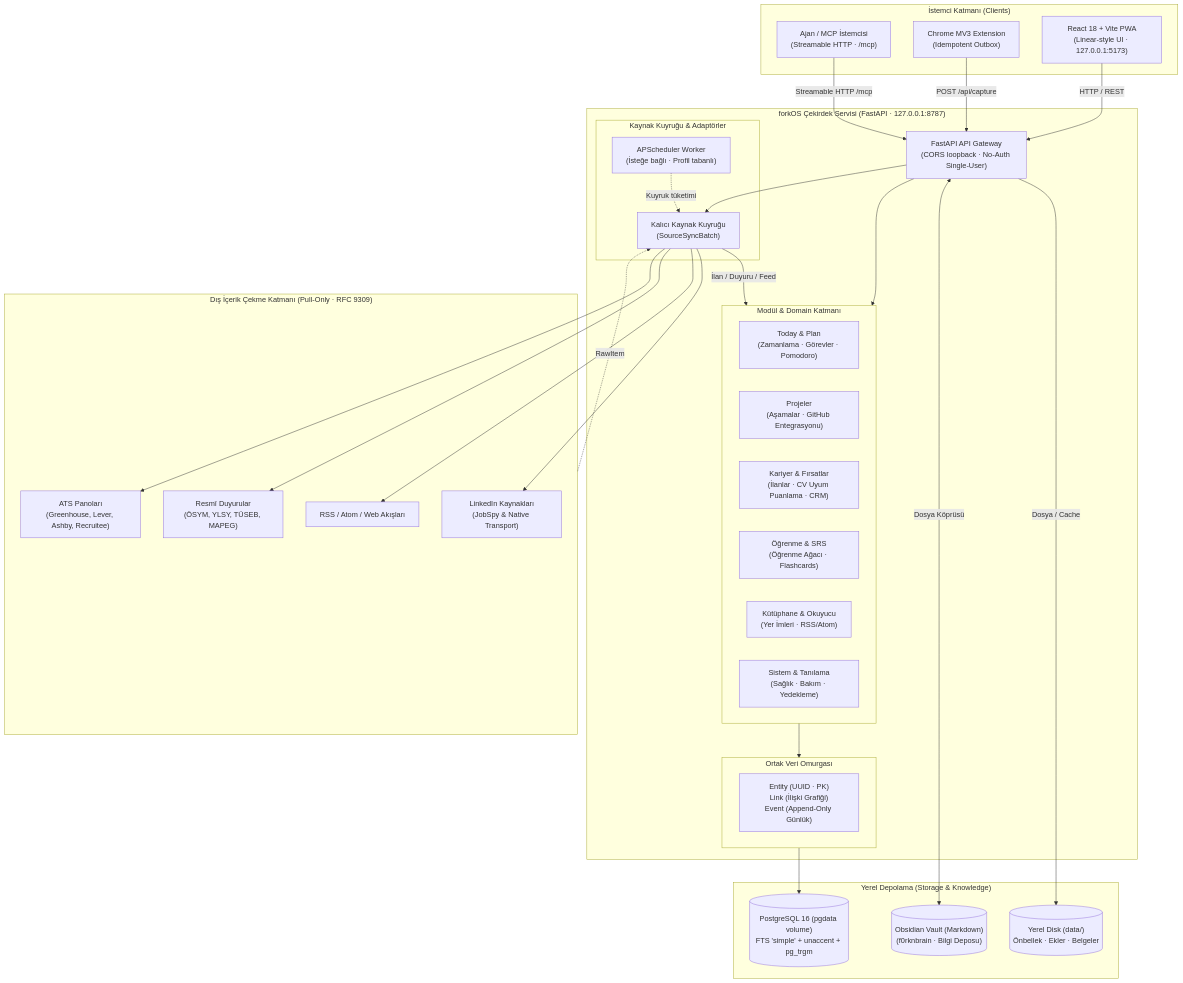
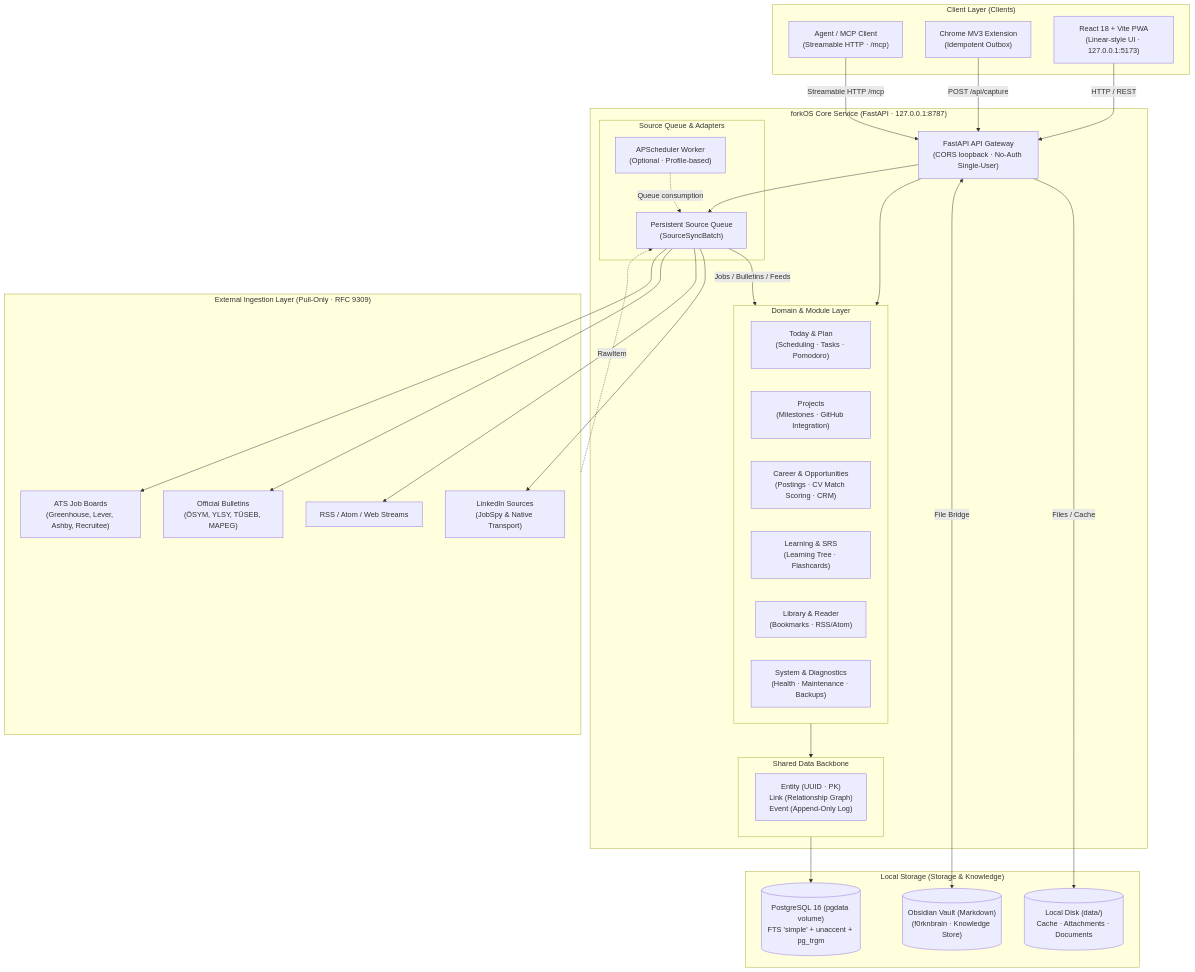
One commit to f0rknturkoglu/forkOS changed the diagram in README.md. Above: the diagram before and after it, drawn with Mermaid. The commit also changed other lines of this file and 1 other file, not shown here.

````diff
--- a/README.md
+++ b/README.md
@@ -33,60 +34,60 @@
 ```mermaid
 flowchart TB
-    subgraph Clients[" İstemci Katmanı (Clients) "]
+    subgraph Clients[" Client Layer (Clients) "]
         Browser["React 18 + Vite PWA\n(Linear-style UI · 127.0.0.1:5173)"]
         Extension["Chrome MV3 Extension\n(Idempotent Outbox)"]
-        Hermes["Ajan / MCP İstemcisi\n(Streamable HTTP · /mcp)"]
+        Hermes["Agent / MCP Client\n(Streamable HTTP · /mcp)"]
     end
 
-    subgraph Core[" forkOS Çekirdek Servisi (FastAPI · 127.0.0.1:8787) "]
+    subgraph Core[" forkOS Core Service (FastAPI · 127.0.0.1:8787) "]
         API["FastAPI API Gateway\n(CORS loopback · No-Auth Single-User)"]
 
-        subgraph Modules[" Modül & Domain Katmanı "]
-            Today["Today & Plan\n(Zamanlama · Görevler · Pomodoro)"]
-            Projects["Projeler\n(Aşamalar · GitHub Entegrasyonu)"]
-            Career["Kariyer & Fırsatlar\n(İlanlar · CV Uyum Puanlama · CRM)"]
-            Learning["Öğrenme & SRS\n(Öğrenme Ağacı · Flashcards)"]
-            Library["Kütüphane & Okuyucu\n(Yer İmleri · RSS/Atom)"]
-            System["Sistem & Tanılama\n(Sağlık · Bakım · Yedekleme)"]
+        subgraph Modules[" Domain & Module Layer "]
+            Today["Today & Plan\n(Scheduling · Tasks · Pomodoro)"]
+            Projects["Projects\n(Milestones · GitHub Integration)"]
+            Career["Career & Opportunities\n(Postings · CV Match Scoring · CRM)"]
+            Learning["Learning & SRS\n(Learning Tree · Flashcards)"]
+            Library["Library & Reader\n(Bookmarks · RSS/Atom)"]
+            System["System & Diagnostics\n(Health · Maintenance · Backups)"]
         end
 
-        subgraph Backbone[" Ortak Veri Omurgası "]
-            EntityEngine["Entity (UUID · PK)\nLink (İlişki Grafiği)\nEvent (Append-Only Günlük)"]
+        subgraph Backbone[" Shared Data Backbone "]
+            EntityEngine["Entity (UUID · PK)\nLink (Relationship Graph)\nEvent (Append-Only Log)"]
         end
 
-        subgraph QueueSystem[" Kaynak Kuyruğu & Adaptörler "]
-            Queue["Kalıcı Kaynak Kuyruğu\n(SourceSyncBatch)"]
-            Worker["APScheduler Worker\n(İsteğe bağlı · Profil tabanlı)"]
+        subgraph QueueSystem[" Source Queue & Adapters "]
+            Queue["Persistent Source Queue\n(SourceSyncBatch)"]
+            Worker["APScheduler Worker\n(Optional · Profile-based)"]
         end
     end
 
-    subgraph Storage[" Yerel Depolama (Storage & Knowledge) "]
+    subgraph Storage[" Local Storage (Storage & Knowledge) "]
         DB[("PostgreSQL 16 (pgdata volume)\nFTS 'simple' + unaccent + pg_trgm")]
-        Vault[("Obsidian Vault (Markdown)\n(f0rknbrain · Bilgi Deposu)")]
-        LocalDisk[("Yerel Disk (data/)\nÖnbellek · Ekler · Belgeler")]
+        Vault[("Obsidian Vault (Markdown)\n(f0rknbrain · Knowledge Store)")]
+        LocalDisk[("Local Disk (data/)\nCache · Attachments · Documents")]
     end
 
-    subgraph Ingestion[" Dış İçerik Çekme Katmanı (Pull-Only · RFC 9309) "]
-        ATS["ATS Panoları\n(Greenhouse, Lever, Ashby, Recruitee)"]
-        Gov["Resmî Duyurular\n(ÖSYM, YLSY, TÜSEB, MAPEG)"]
-        Feeds["RSS / Atom / Web Akışları"]
-        LinkedIn["LinkedIn Kaynakları\n(JobSpy & Native Transport)"]
+    subgraph Ingestion[" External Ingestion Layer (Pull-Only · RFC 9309) "]
+        ATS["ATS Job Boards\n(Greenhouse, Lever, Ashby, Recruitee)"]
+        Gov["Official Bulletins\n(ÖSYM, YLSY, TÜSEB, MAPEG)"]
+        Feeds["RSS / Atom / Web Streams"]
+        LinkedIn["LinkedIn Sources\n(JobSpy & Native Transport)"]
     end
 
     Browser -->|HTTP / REST| API
     Extension -->|POST /api/capture| API
     Hermes -->|Streamable HTTP /mcp| API
 
     API --> Modules
     Modules --> Backbone
     Backbone --> DB
 
     API --> Queue
-    Worker -.->|Kuyruk tüketimi| Queue
+    Worker -.->|Queue consumption| Queue
     Queue --> ATS & Gov & Feeds & LinkedIn
     Ingestion -.->|RawItem| Queue
-    Queue -->|İlan / Duyuru / Feed| Modules
+    Queue -->|Jobs / Bulletins / Feeds| Modules
 
-    API <-->|Dosya Köprüsü| Vault
-    API -->|Dosya / Cache| LocalDisk
+    API <-->|File Bridge| Vault
+    API -->|Files / Cache| LocalDisk
 ```
````
